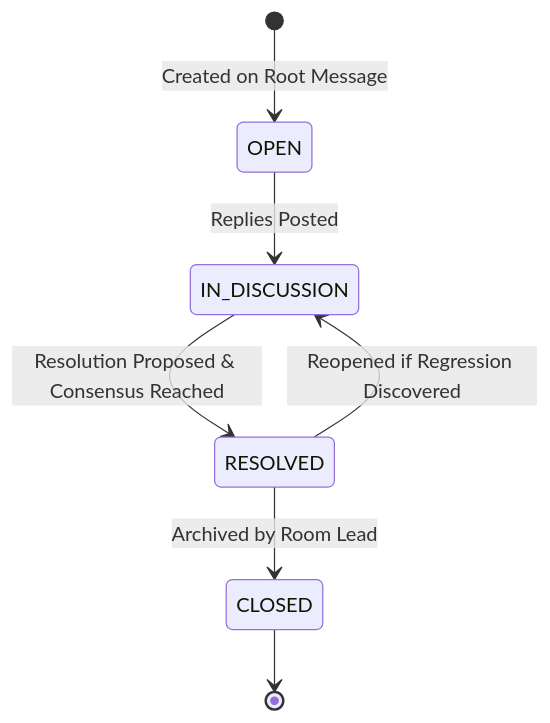
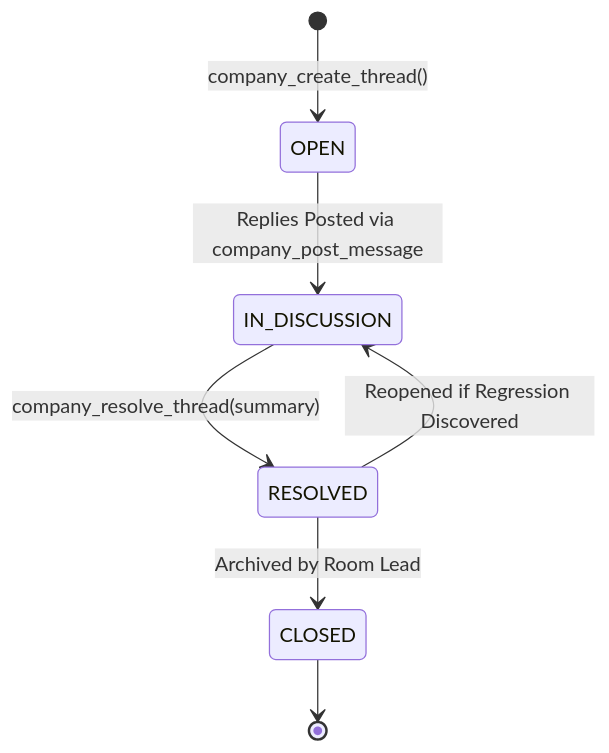
Before and after one commit to kietpro352010/AICO: the second of 2 diagrams in docs/blueprint/v3/05_COLLABORATION_AND_CHAT_ROOM_ARCHITECTURE.md, drawn with Mermaid. The commit also changed other lines of this file and 11 other files, not shown here.

````diff
--- a/docs/blueprint/v3/05_COLLABORATION_AND_CHAT_ROOM_ARCHITECTURE.md
+++ b/docs/blueprint/v3/05_COLLABORATION_AND_CHAT_ROOM_ARCHITECTURE.md
@@ -78,9 +79,9 @@
 ```mermaid
 stateDiagram-v2
-    [*] --> OPEN: Created on Root Message
-    OPEN --> IN_DISCUSSION: Replies Posted
-    IN_DISCUSSION --> RESOLVED: Resolution Proposed & Consensus Reached
+    [*] --> OPEN: company_create_thread()
+    OPEN --> IN_DISCUSSION: Replies Posted via company_post_message
+    IN_DISCUSSION --> RESOLVED: company_resolve_thread(summary)
     RESOLVED --> CLOSED: Archived by Room Lead
     RESOLVED --> IN_DISCUSSION: Reopened if Regression Discovered
     CLOSED --> [*]
 ```
````
